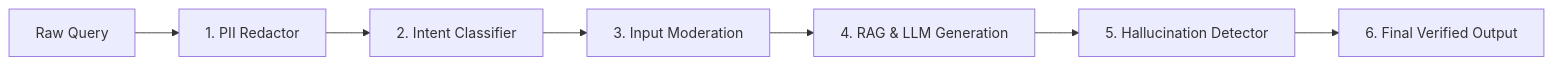
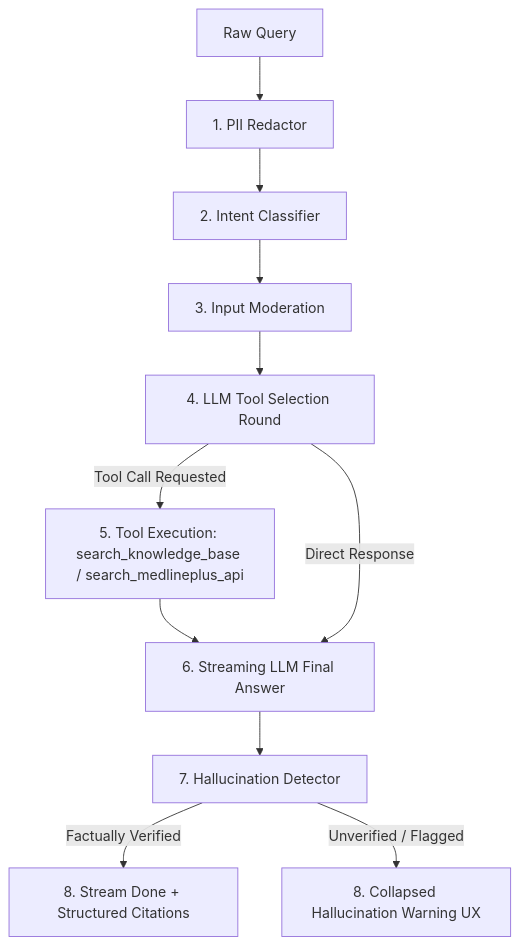
Before and after one commit to SimpNick6703/Health-Chatbot: the diagram in LOGIC.md, drawn with Mermaid. The commit also changed other lines of this file and 1 other file, not shown here.

Commit message:
docs: update README.md and LOGIC.md for Tool-Calling architecture, MedlinePlus API, and Collapsed Hallucination UX

````diff
--- a/LOGIC.md
+++ b/LOGIC.md
@@ -9,9 +9,13 @@
 ```mermaid
-flowchart LR
+flowchart TD
     A[Raw Query] --> B[1. PII Redactor]
     B --> C[2. Intent Classifier]
     C --> D[3. Input Moderation]
-    D --> E[4. RAG & LLM Generation]
-    E --> F[5. Hallucination Detector]
-    F --> G[6. Final Verified Output]
+    D --> E[4. LLM Tool Selection Round]
+    E -->|Tool Call Requested| F[5. Tool Execution: search_knowledge_base / search_medlineplus_api]
+    F --> G[6. Streaming LLM Final Answer]
+    E -->|Direct Response| G
+    G --> H[7. Hallucination Detector]
+    H -->|Factually Verified| I[8. Stream Done + Structured Citations]
+    H -->|Unverified / Flagged| J[8. Collapsed Hallucination Warning UX]
 ```
````
